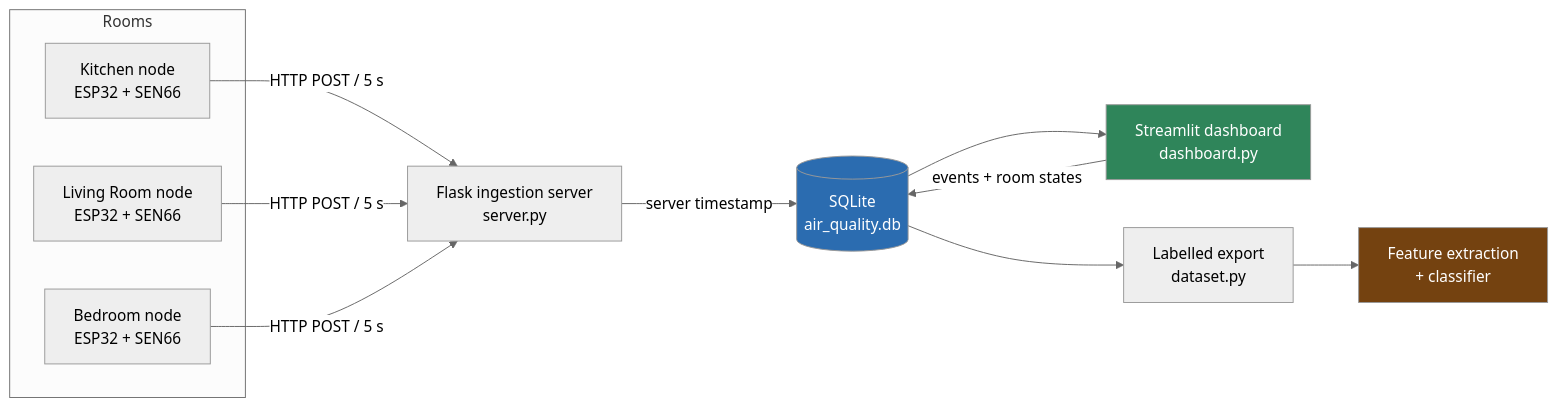
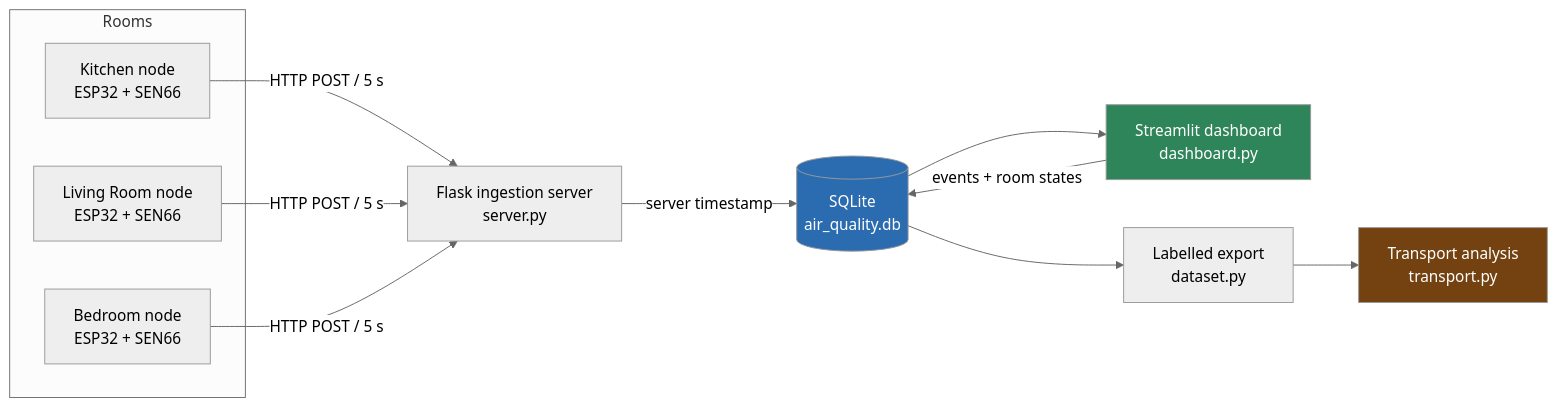
The diagram in README.md (mdasx9/air_folder), drawn with Mermaid (neutral theme) before and after one commit. The commit also changed other lines of this file and 5 other files, not shown here.

````diff
--- a/README.md
+++ b/README.md
@@ -46,23 +48,23 @@
 ```mermaid
 flowchart LR
     subgraph Rooms
         K["Kitchen node<br/>ESP32 + SEN66"]
         L["Living Room node<br/>ESP32 + SEN66"]
         B["Bedroom node<br/>ESP32 + SEN66"]
     end
 
     K -->|HTTP POST / 5 s| F
     L -->|HTTP POST / 5 s| F
     B -->|HTTP POST / 5 s| F
 
     F["Flask ingestion server<br/>server.py"] -->|server timestamp| D[("SQLite<br/>air_quality.db")]
 
     D --> S["Streamlit dashboard<br/>dashboard.py"]
     S -->|"events + room states"| D
     D --> X["Labelled export<br/>dataset.py"]
-    X --> M["Feature extraction<br/>+ classifier"]
+    X --> M["Transport analysis<br/>transport.py"]
 
     style D fill:#2b6cb0,color:#fff
     style S fill:#2f855a,color:#fff
     style M fill:#744210,color:#fff
 ```
````
